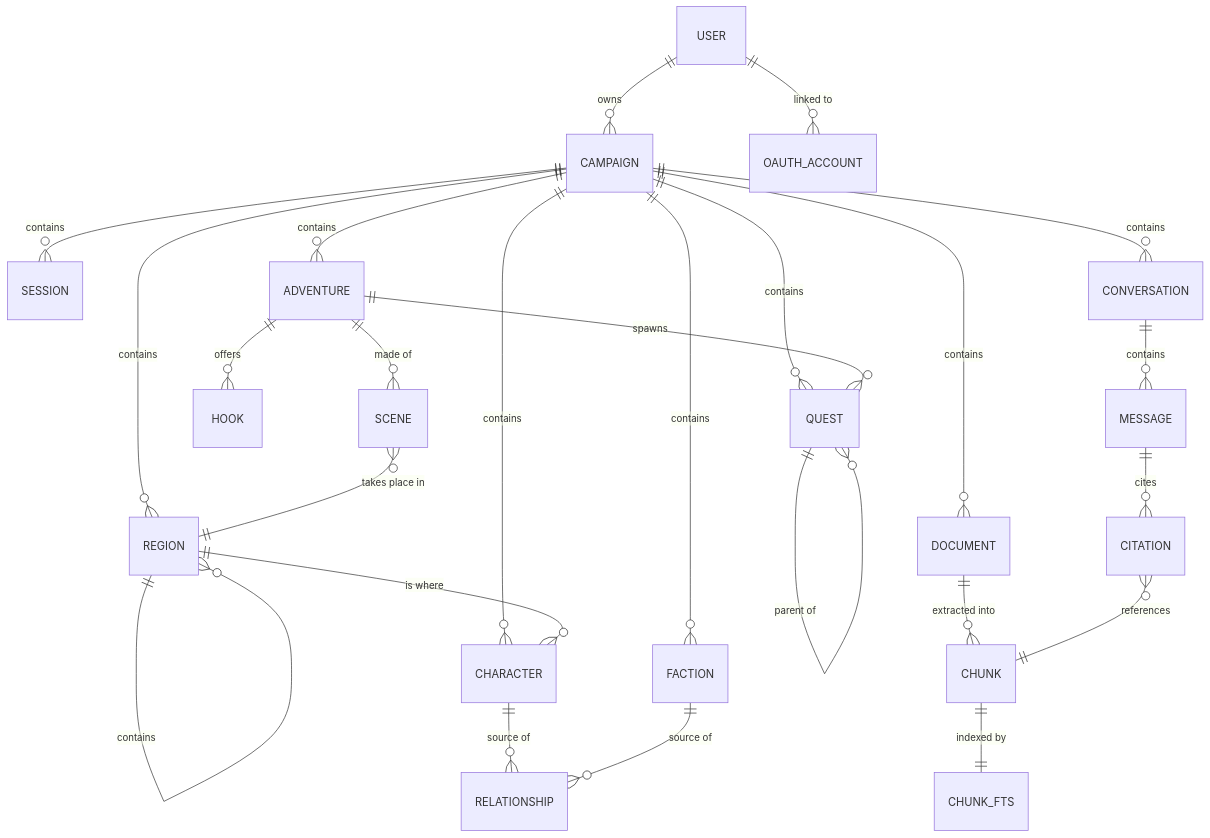
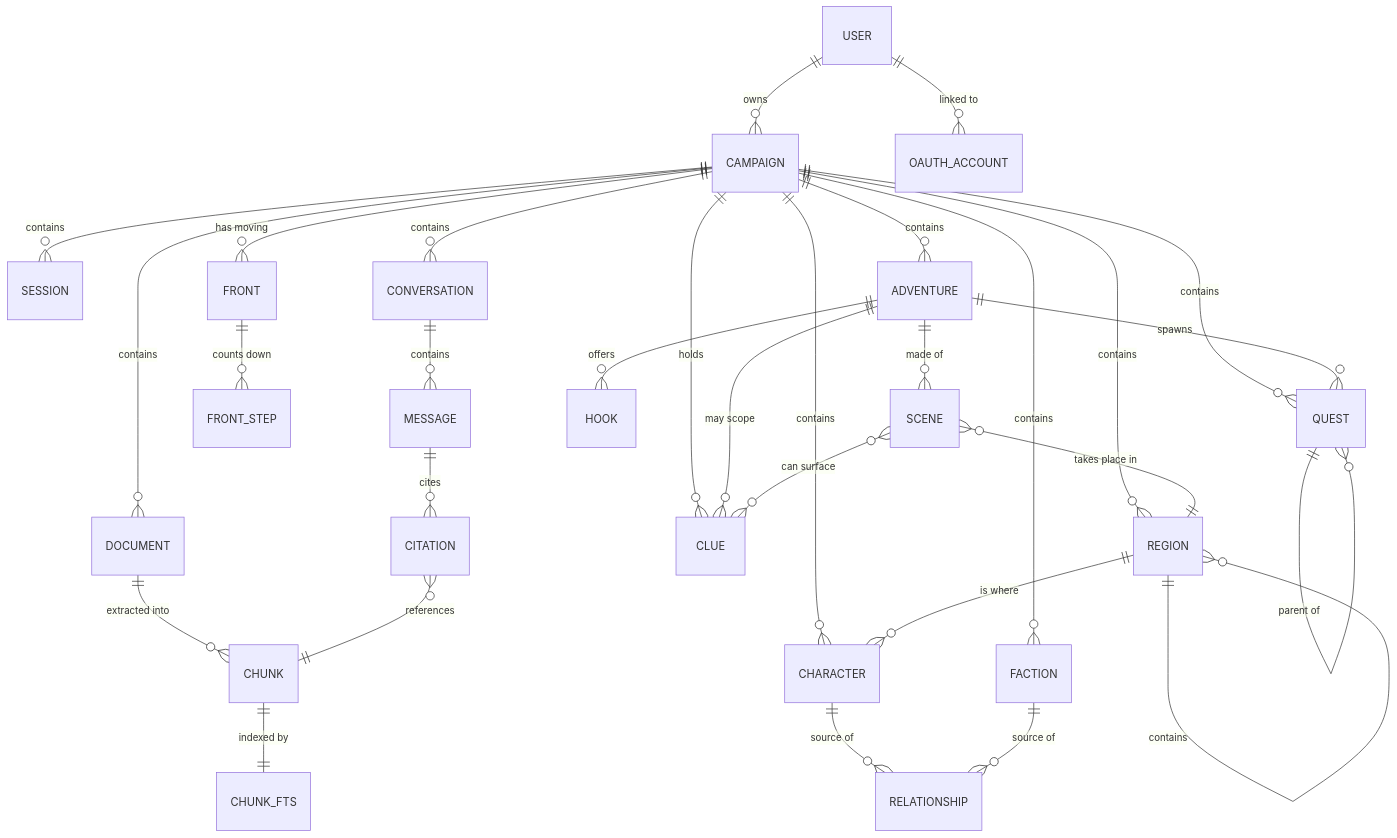
Before and after one commit to PiotrMieszczak/dm_assistant: the diagram in docs/data-model.md, drawn with Mermaid. The commit also changed other lines of this file and 2 other files, not shown here.

````diff
--- a/docs/data-model.md
+++ b/docs/data-model.md
@@ -8,33 +8,39 @@
 ```mermaid
 erDiagram
     USER ||--o{ CAMPAIGN : owns
     USER ||--o{ OAUTH_ACCOUNT : "linked to"
 
     CAMPAIGN ||--o{ DOCUMENT : contains
     CAMPAIGN ||--o{ CHARACTER : contains
     CAMPAIGN ||--o{ FACTION : contains
     CAMPAIGN ||--o{ QUEST : contains
     CAMPAIGN ||--o{ SESSION : contains
     CAMPAIGN ||--o{ CONVERSATION : contains
     CAMPAIGN ||--o{ REGION : contains
     CAMPAIGN ||--o{ ADVENTURE : contains
 
     REGION ||--o{ REGION : "contains"
     REGION ||--o{ CHARACTER : "is where"
 
+    CAMPAIGN ||--o{ FRONT : "has moving"
+    CAMPAIGN ||--o{ CLUE : "holds"
+    FRONT ||--o{ FRONT_STEP : "counts down"
+    ADVENTURE ||--o{ CLUE : "may scope"
+    SCENE }o--o{ CLUE : "can surface"
+
     ADVENTURE ||--o{ HOOK : "offers"
     ADVENTURE ||--o{ SCENE : "made of"
     ADVENTURE ||--o{ QUEST : "spawns"
     SCENE }o--|| REGION : "takes place in"
 
     DOCUMENT ||--o{ CHUNK : "extracted into"
     CHUNK ||--|| CHUNK_FTS : "indexed by"
 
     CHARACTER ||--o{ RELATIONSHIP : "source of"
     FACTION   ||--o{ RELATIONSHIP : "source of"
 
     QUEST ||--o{ QUEST : "parent of"
     CONVERSATION ||--o{ MESSAGE : contains
     MESSAGE ||--o{ CITATION : cites
     CITATION }o--|| CHUNK : references
 ```
````
